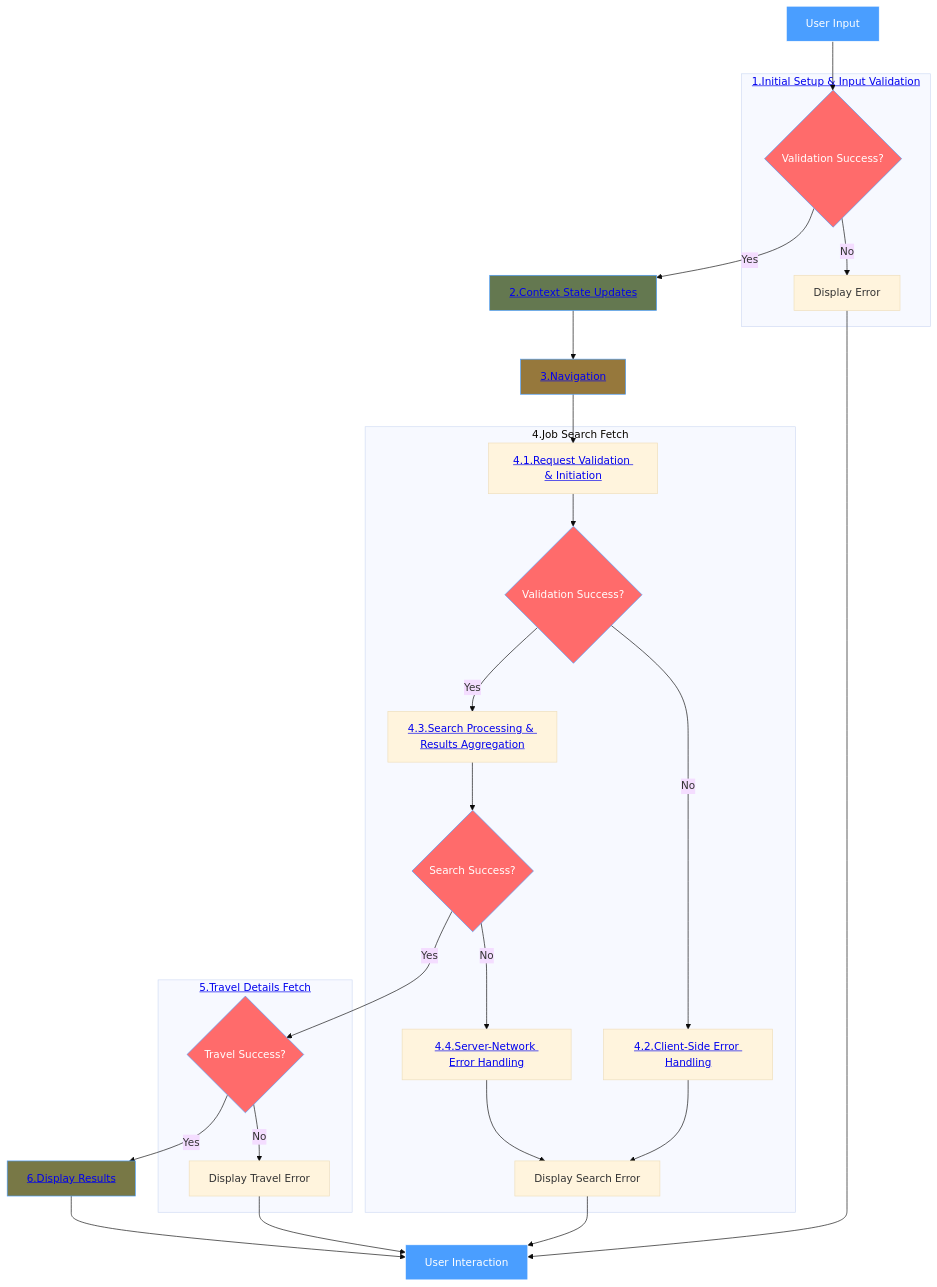
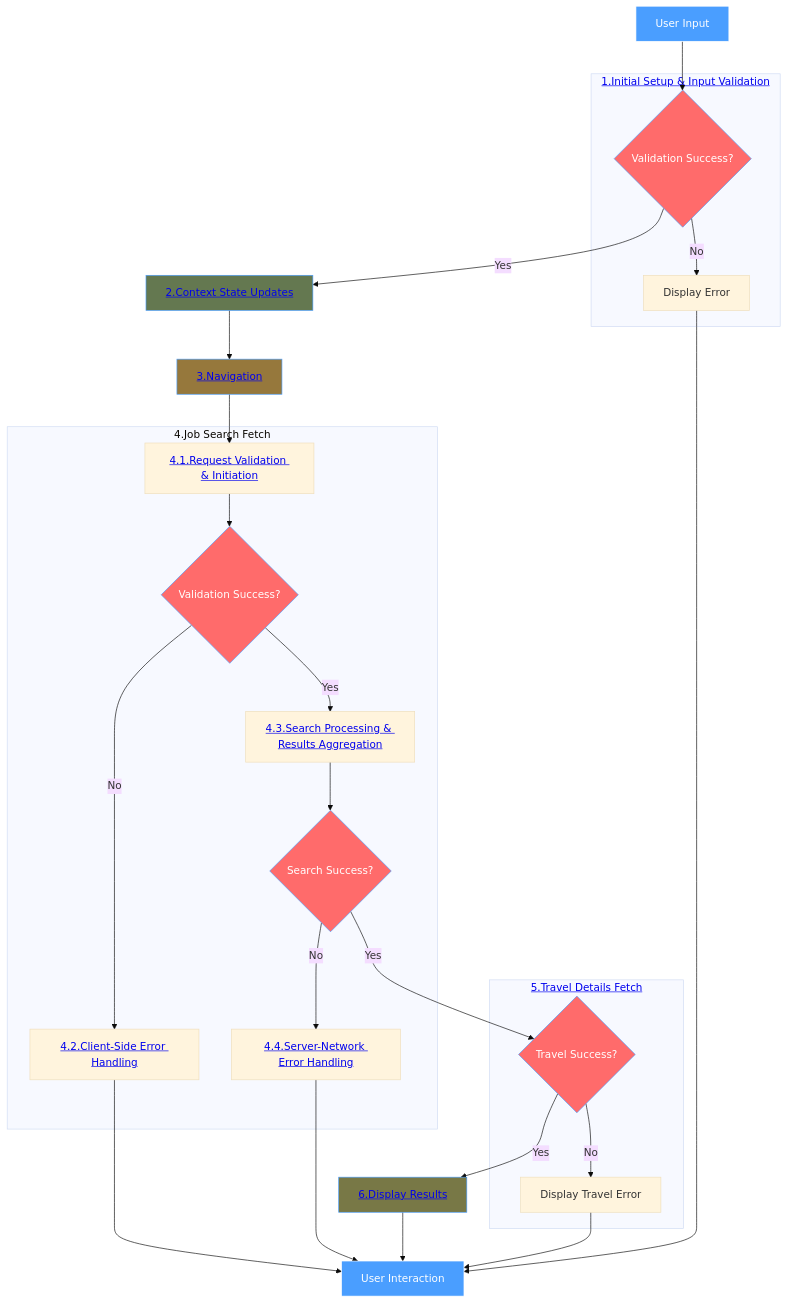
Before and after one commit to YahyaAl-Ademi/2025.10.23-JobCompass: the diagram in documentation/jobFetch/_JobFetchFlowchart.md, drawn with Mermaid (base theme).

Commit message:
Refactor jobFetch flowchart: remove redundant error handling paths and streamline user interaction flow

````diff
--- a/documentation/jobFetch/_JobFetchFlowchart.md
+++ b/documentation/jobFetch/_JobFetchFlowchart.md
@@ -1,38 +1,37 @@
 ```mermaid
 flowchart TD
     A[User Input] --> B{Validation Success?}
     subgraph Validation["<a href='./1.Initial%20Setup%20&%20Input%20Validation.md'>1.Initial Setup & Input Validation</a>"]
     B -->|No| C[Display Error]
     end
     B -->|Yes| D["<a href='./2.Context%20State%20Updates.md'>2.Context State Updates</a>"]
     D --> E["<a href='./3.Navigation.md'>3.Navigation</a>"]
     E --> F["<a href='./4.1.Request%20Validation%20&%20Initiation.md'>4.1.Request Validation & Initiation</a>"]
     subgraph JobSearch[4.Job Search Fetch]
     F --> G{Validation Success?}
     G -->|No| H["<a href='./4.2.Client-Side%20Error%20Handling.md'>4.2.Client-Side Error Handling</a>"]
-    H --> I[Display Search Error]
     L -->|No| J["<a href='./4.4.Server-Network%20Error%20Handling.md'>4.4.Server-Network Error Handling</a>"]
-    J --> I
     G -->|Yes| K["<a href='./4.3.Search%20Processing%20&%20Results%20Aggregation.md'>4.3.Search Processing & Results Aggregation</a>"]
     K --> L{Search Success?}
     end
+    H -->P[User Interaction]
+    J -->P
     L -->|Yes| M{Travel Success?}
     subgraph TravelDetails["<a href='./5.Travel%20Details%20Fetch.md'>5.Travel Details Fetch</a>"]
     M -->|No| N[Display Travel Error]
     end
     M -->|Yes| O["<a href='./6.Display%20Results.md'>6.Display Results</a>"]
     O --> P[User Interaction]
-    I --> P
     N --> P
     C --> P
 
     style A fill:#4a9eff,stroke:#fff,color:#fff
     style B fill:#ff6b6b,stroke:#4a9eff,color:#fff
     style D fill:#647850,stroke:#4a9eff,color:#fff
     style E fill:#96783c,stroke:#4a9eff,color:#fff
     style G fill:#ff6b6b,stroke:#4a9eff,color:#fff
     style M fill:#ff6b6b,stroke:#4a9eff,color:#fff
     style O fill:#787846,stroke:#4a9eff,color:#fff
     style P fill:#4a9eff,stroke:#fff,color:#fff
     style L fill:#ff6b6b,stroke:#4a9eff,color:#fff
 ```
````
